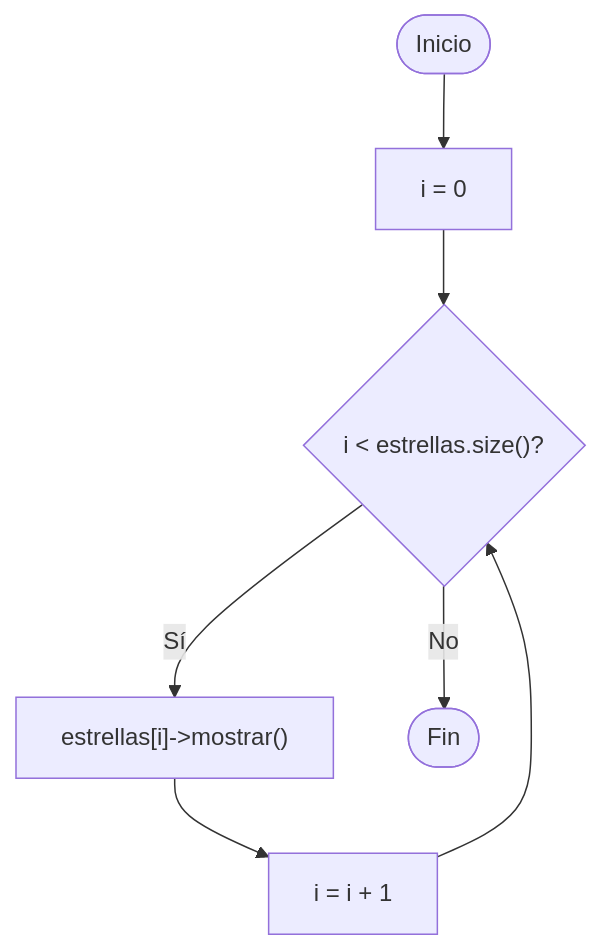
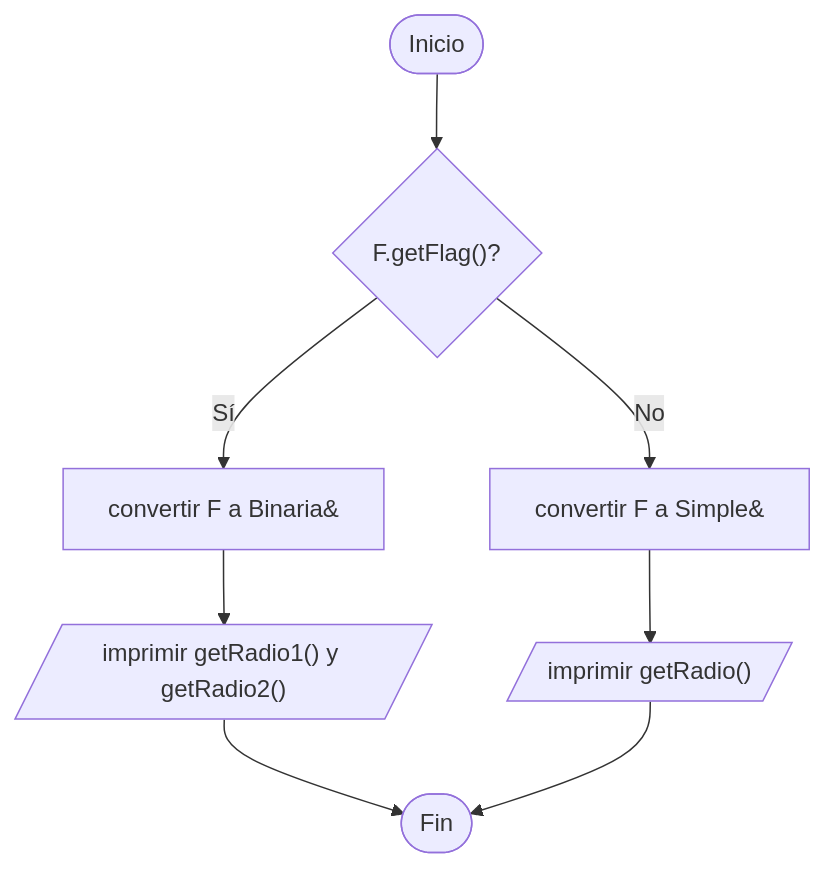
Before and after one commit to CursosProgramacionEP/PO_UTEC_Semana13: the second of 2 diagrams in A1_Estrellas/README.md, drawn with Mermaid. The commit also changed other lines of this file and 30 other files, not shown here.

Commit message:
Semana 13 - A1, A2 y A3 ajustados a los diagramas de las diapositivas

````diff
--- a/A1_Estrellas/README.md
+++ b/A1_Estrellas/README.md
@@ -90,9 +116,10 @@
 ```mermaid
 flowchart TD
-    A([Inicio]) --> B["i = 0"]
-    B --> C{"i < estrellas.size()?"}
-    C -- Sí --> D["estrellas[i]->mostrar()"]
-    D --> E["i = i + 1"]
-    E --> C
-    C -- No --> F([Fin])
+    A([Inicio]) --> B{"F.getFlag()?"}
+    B -- Sí --> C["convertir F a Binaria&"]
+    C --> D[/"imprimir getRadio1() y getRadio2()"/]
+    B -- No --> E["convertir F a Simple&"]
+    E --> F[/"imprimir getRadio()"/]
+    D --> G([Fin])
+    F --> G
 ```
````
